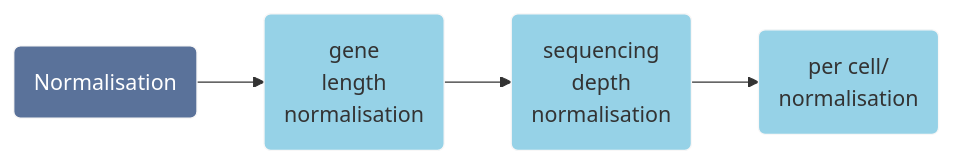
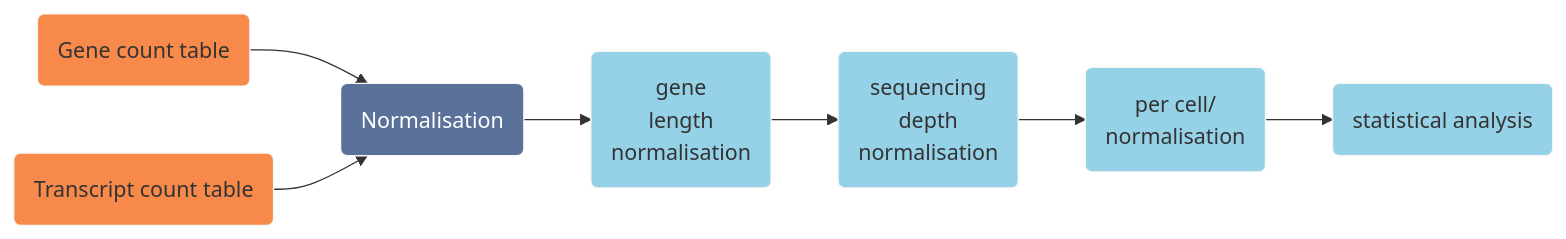
One commit to MicrobiologyETHZ/Methods_in_Microbiomics changed the first of 3 diagrams in docs/transcriptomics/metatranscriptomics.rst. Above: the diagram before and after it, drawn with Mermaid. The commit also changed other lines of this file, not shown here.

```diff
--- a/docs/transcriptomics/metatranscriptomics.rst
+++ b/docs/transcriptomics/metatranscriptomics.rst
@@ -67,9 +67,14 @@
 .. mermaid::
 
    flowchart LR
+        id5(Gene count table) --> id1
+        id6(Transcript count table) --> id1
         id1( Normalisation) --> id2(gene<br/>length<br/>normalisation)
         id2 --> id3(sequencing<br/>depth<br/>normalisation)
         id3 --> id4(per cell/<br/>normalisation)
+        id4 --> id7(statistical analysis)
         classDef tool fill:#96D2E7,stroke:#F8F7F7,stroke-width:1px;
         style id1 fill:#5A729A,stroke:#F8F7F7,stroke-width:1px,color:#fff
-        class id2,id3,id4 tool
+        class id2,id3,id4,id7 tool
+        style id5 fill:#F78A4A,stroke:#F8F7F7,stroke-width:1px
+        style id6 fill:#F78A4A,stroke:#F8F7F7,stroke-width:1px
```
